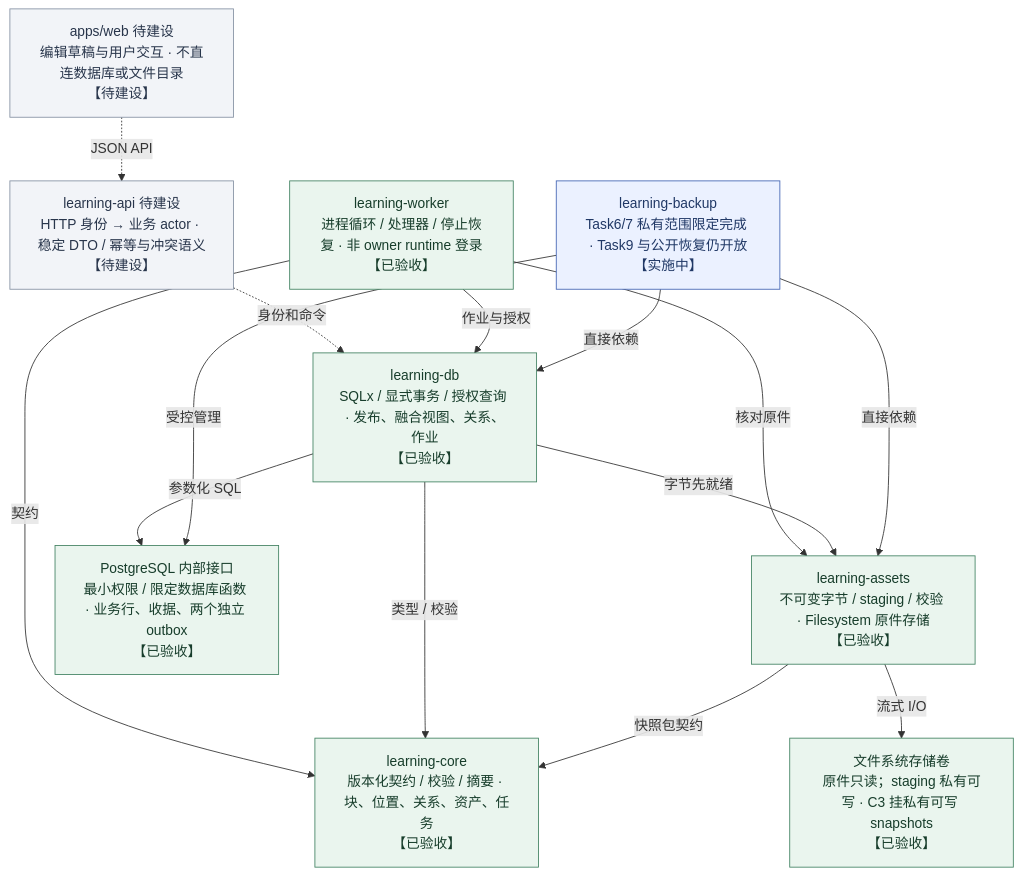
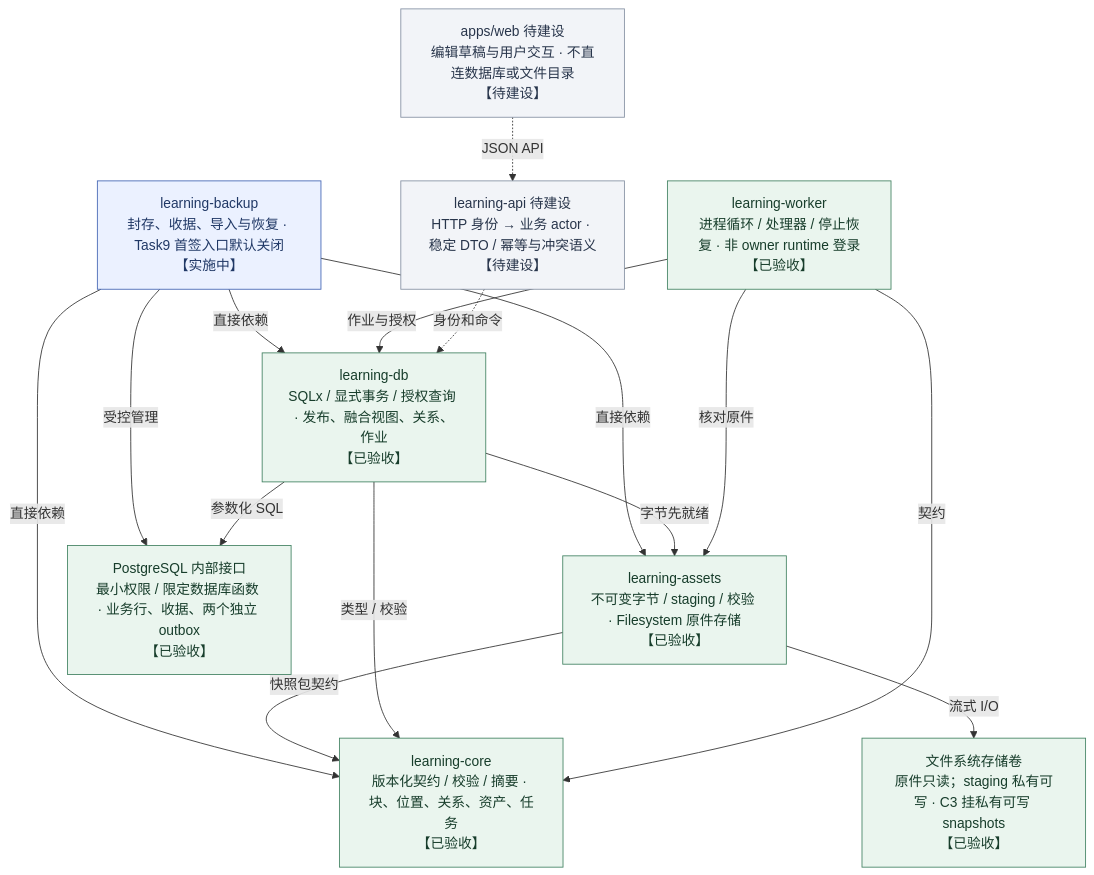
One commit to MansurnamedZhang/learning-system-p0c4 changed the diagram in docs/diagrams/knowweave-crates.mmd. Above: the diagram before and after it, drawn with Mermaid. The commit also changed 35 other files, not shown here.

Commit message:
docs(architecture): review KnowWeave and replan evidence-bound delivery

```diff
--- a/docs/diagrams/knowweave-crates.mmd
+++ b/docs/diagrams/knowweave-crates.mmd
@@ -1,30 +1,31 @@
 flowchart TB
     web["apps/web 待建设<br/>编辑草稿与用户交互 · 不直连数据库或文件目录<br/>【待建设】"]
     api["learning-api 待建设<br/>HTTP 身份 → 业务 actor · 稳定 DTO / 幂等与冲突语义<br/>【待建设】"]
     worker["learning-worker<br/>进程循环 / 处理器 / 停止恢复 · 非 owner runtime 登录<br/>【已验收】"]
     core["learning-core<br/>版本化契约 / 校验 / 摘要 · 块、位置、关系、资产、任务<br/>【已验收】"]
     db["learning-db<br/>SQLx / 显式事务 / 授权查询 · 发布、融合视图、关系、作业<br/>【已验收】"]
     assets["learning-assets<br/>不可变字节 / staging / 校验 · Filesystem 原件存储<br/>【已验收】"]
     pg["PostgreSQL 内部接口<br/>最小权限 / 限定数据库函数 · 业务行、收据、两个独立 outbox<br/>【已验收】"]
     file["文件系统存储卷<br/>原件只读；staging 私有可写 · C3 挂私有可写 snapshots<br/>【已验收】"]
-    backup["learning-backup<br/>Task6/7 私有范围限定完成 · Task9 与公开恢复仍开放<br/>【实施中】"]
+    backup["learning-backup<br/>封存、收据、导入与恢复 · Task9 首签入口默认关闭<br/>【实施中】"]
     web -. "JSON API" .-> api
     api -. "身份和命令" .-> db
     worker -- "作业与授权" --> db
     worker -- "核对原件" --> assets
     worker -- "契约" --> core
     db -- "类型 / 校验" --> core
     db -- "字节先就绪" --> assets
     assets -- "快照包契约" --> core
     db -- "参数化 SQL" --> pg
     assets -- "流式 I/O" --> file
     backup -- "直接依赖" --> db
     backup -- "直接依赖" --> assets
+    backup -- "直接依赖" --> core
     backup -- "受控管理" --> pg
     class worker,core,db,assets,pg,file done
     class backup next
     class web,api planned
     classDef done fill:#eaf5ee,stroke:#438363,color:#173d2b
     classDef next fill:#ebf1ff,stroke:#4365b4,color:#203866
     classDef planned fill:#f2f4f8,stroke:#8591a3,color:#28354b
     classDef optional fill:#f3ecfb,stroke:#9271b0,color:#4a3362
```
